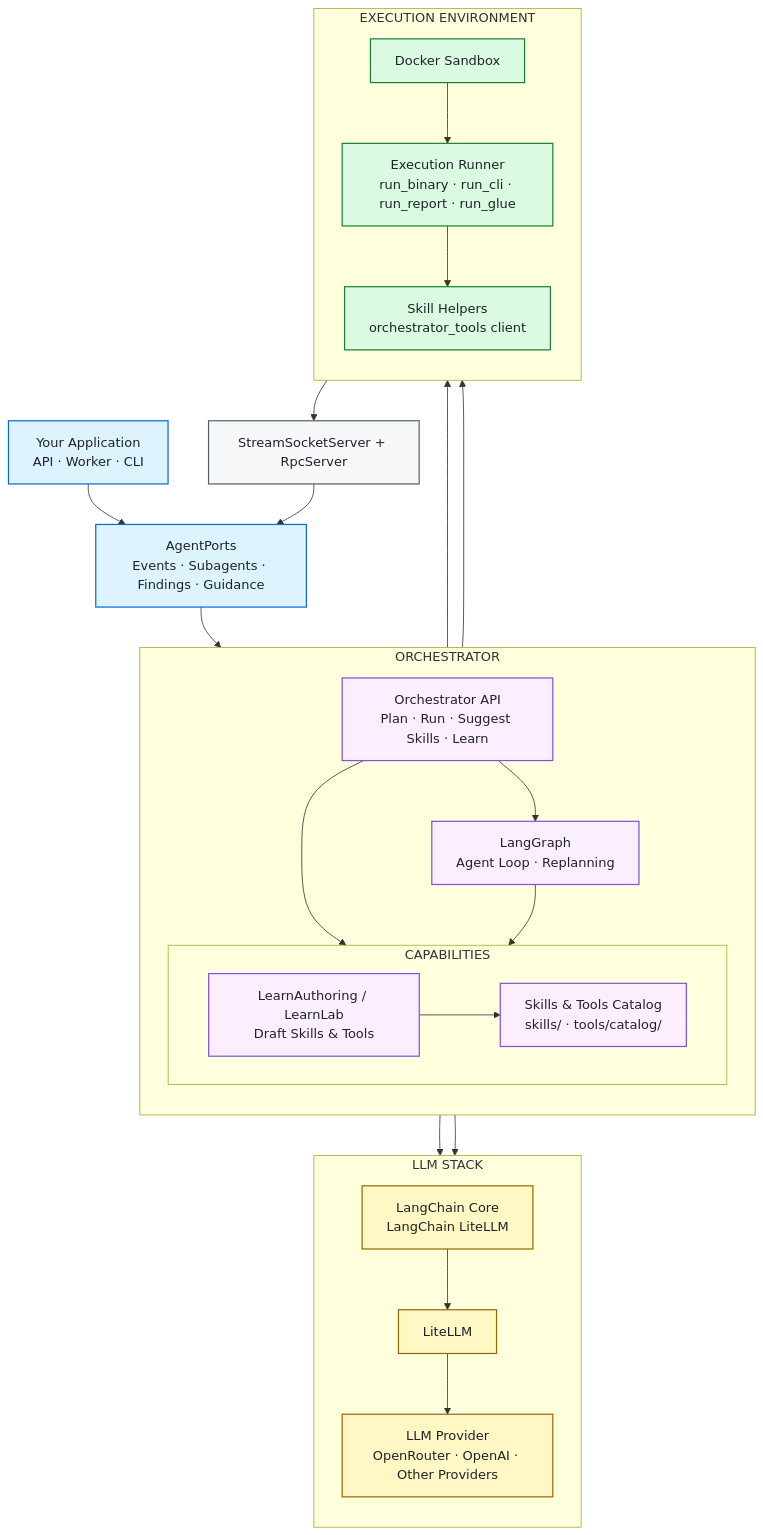
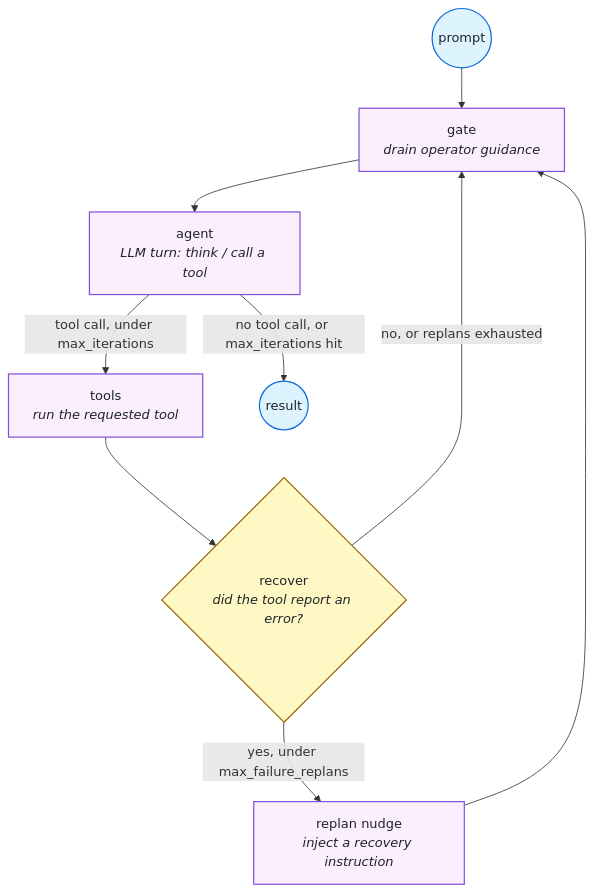
The diagram in README.md (Salto7/Agent-runtime), drawn with Mermaid before and after one commit. The commit also changed other lines of this file and 58 other files, not shown here.

````diff
--- a/README.md
+++ b/README.md
@@ -21,96 +41,18 @@
 ```mermaid
 flowchart TB
+    START(("prompt")) --> GATE["gate<br/><i>drain operator guidance</i>"]
+    GATE --> AGENT["agent<br/><i>LLM turn: think / call a tool</i>"]
+    AGENT -- "tool call, under max_iterations" --> TOOLS["tools<br/><i>run the requested tool</i>"]
+    AGENT -- "no tool call, or max_iterations hit" --> DONE(("result"))
+    TOOLS --> RECOVER{"recover<br/><i>did the tool report an error?</i>"}
+    RECOVER -- "yes, under max_failure_replans" --> NUDGE["replan nudge<br/><i>inject a recovery instruction</i>"]
+    RECOVER -- "no, or replans exhausted" --> GATE
+    NUDGE --> GATE
 
-    %% =========================
-    %% ENTRY
-    %% =========================
-    HOST["Your Application<br/>API · Worker · CLI"]
-    PORTS["AgentPorts<br/>Events · Subagents · Findings · Guidance"]
-
-    HOST --> PORTS
-
-    %% =========================
-    %% ORCHESTRATOR
-    %% =========================
-    subgraph ORCH["ORCHESTRATOR"]
-        direction TB
-
-        API["Orchestrator API<br/>Plan · Run · Suggest Skills · Learn"]
-
-        GRAPH["LangGraph<br/>Agent Loop · Replanning"]
-
-        subgraph CAP["CAPABILITIES"]
-            direction LR
-            LEARN["LearnAuthoring / LearnLab<br/>Draft Skills & Tools"]
-            CATALOG["Skills & Tools Catalog<br/>skills/ · tools/catalog/"]
-        end
-
-        API --> GRAPH
-        API --> LEARN
-        LEARN --> CATALOG
-        GRAPH --> CATALOG
-    end
-
-    PORTS --> API
-
-    %% =========================
-    %% LLM
-    %% =========================
-    subgraph LLM["LLM STACK"]
-        direction TB
-
-        LC["LangChain Core<br/>LangChain LiteLLM"]
-        LITE["LiteLLM"]
-        PROVIDER["LLM Provider<br/>OpenRouter · OpenAI · Other Providers"]
-
-        LC --> LITE
-        LITE --> PROVIDER
-    end
-
-    %% =========================
-    %% EXECUTION
-    %% =========================
-    subgraph EXEC["EXECUTION ENVIRONMENT"]
-        direction TB
-
-        DOCKER["Docker Sandbox"]
-        RUNNER["Execution Runner<br/>run_binary · run_cli · run_report · run_glue"]
-        HELPERS["Skill Helpers<br/>orchestrator_tools client"]
-
-        DOCKER --> RUNNER
-        RUNNER --> HELPERS
-    end
-
-    %% =========================
-    %% CONNECTIONS
-    %% =========================
-    GRAPH --> LC
-    LEARN --> LC
-
-    GRAPH --> DOCKER
-    CATALOG --> DOCKER
-
-    %% =========================
-    %% RETURN PATH
-    %% =========================
-    BRIDGE["StreamSocketServer + RpcServer"]
-
-    HELPERS --> BRIDGE
-    BRIDGE --> PORTS
-
-    %% =========================
-    %% GITHUB-FRIENDLY STYLING
-    %% =========================
-
-    classDef entry fill:#ddf4ff,stroke:#0969da,color:#1f2328,stroke-width:1.5px
-    classDef orch fill:#fbefff,stroke:#8250df,color:#1f2328,stroke-width:1.5px
-    classDef llm fill:#fff8c5,stroke:#9a6700,color:#1f2328,stroke-width:1.5px
-    classDef exec fill:#dafbe1,stroke:#1a7f37,color:#1f2328,stroke-width:1.5px
-    classDef bridge fill:#f6f8fa,stroke:#57606a,color:#1f2328,stroke-width:1.5px
-
-    class HOST,PORTS entry
-    class API,GRAPH,LEARN,CATALOG orch
-    class LC,LITE,PROVIDER llm
-    class DOCKER,RUNNER,HELPERS exec
-    class BRIDGE bridge
+    classDef node fill:#fbefff,stroke:#8250df,color:#1f2328,stroke-width:1.5px
+    classDef io fill:#ddf4ff,stroke:#0969da,color:#1f2328,stroke-width:1.5px
+    classDef branch fill:#fff8c5,stroke:#9a6700,color:#1f2328,stroke-width:1.5px
+    class START,DONE io
+    class GATE,AGENT,TOOLS,NUDGE node
+    class RECOVER branch
 ```
````
